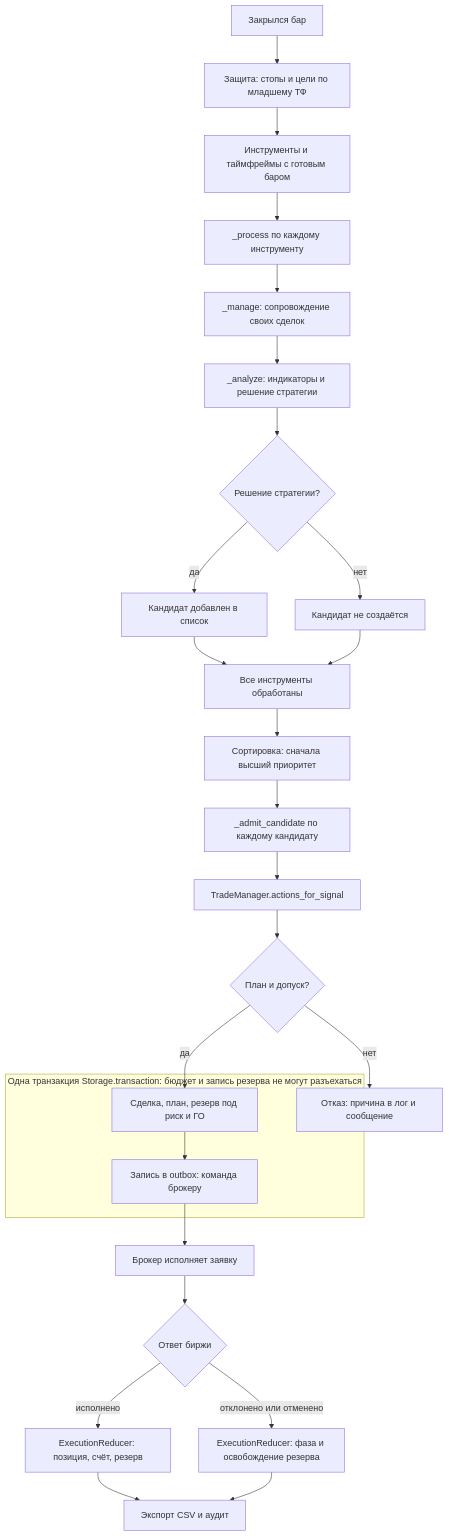
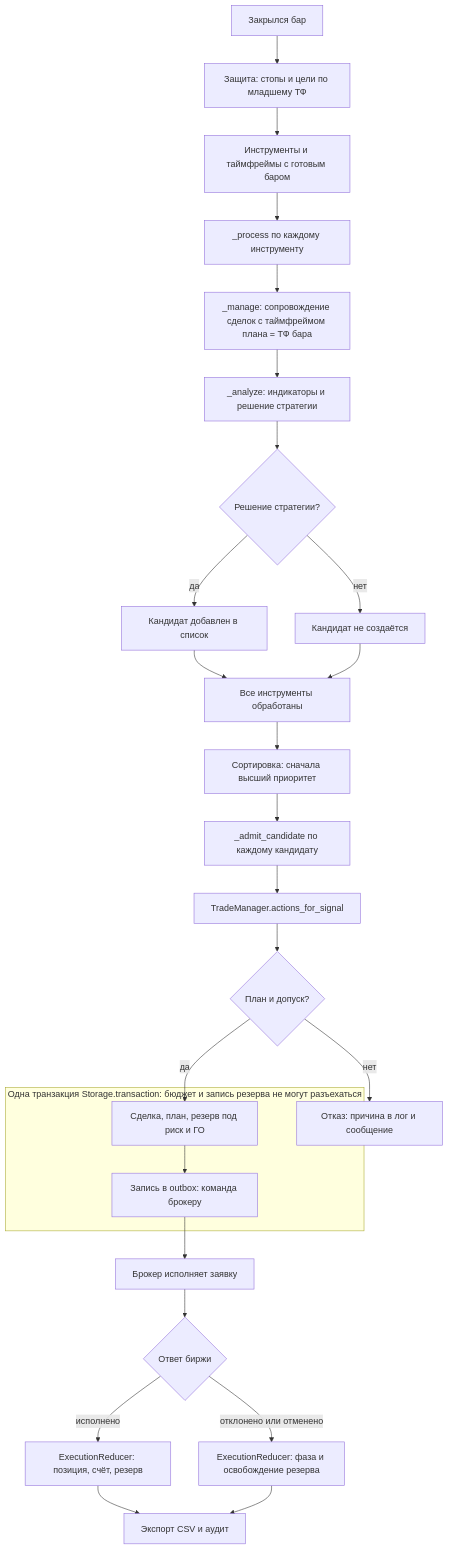
One commit to vladilenao/My_roBot changed the first of 3 diagrams in docs/trade-management/signal-pipeline.md. Above: the diagram before and after it, drawn with Mermaid. The commit also changed other lines of this file and 15 other files, not shown here.

First line of the commit message:
fix(trade-management): сопровождение сделки только на таймфрейме её плана

````diff
--- a/docs/trade-management/signal-pipeline.md
+++ b/docs/trade-management/signal-pipeline.md
@@ -28,32 +28,32 @@
 ```mermaid
 flowchart TD
     A["Закрылся бар"] --> B["Защита: стопы и цели по младшему ТФ"]
     B --> C["Инструменты и таймфреймы с готовым баром"]
     C --> D["_process по каждому инструменту"]
-    D --> E["_manage: сопровождение своих сделок"]
+    D --> E["_manage: сопровождение сделок с таймфреймом плана = ТФ бара"]
     E --> F["_analyze: индикаторы и решение стратегии"]
     F --> G{"Решение стратегии?"}
     G -- нет --> G1["Кандидат не создаётся"]
     G -- да --> H["Кандидат добавлен в список"]
     H --> I["Все инструменты обработаны"]
     G1 --> I
     I --> J["Сортировка: сначала высший приоритет"]
     J --> K["_admit_candidate по каждому кандидату"]
     K --> L["TradeManager.actions_for_signal"]
     L --> M{"План и допуск?"}
     M -- нет --> M1["Отказ: причина в лог и сообщение"]
 
     subgraph TX["Одна транзакция Storage.transaction: бюджет и запись резерва не могут разъехаться"]
         T1["Сделка, план, резерв под риск и ГО"]
         T2["Запись в outbox: команда брокеру"]
         T1 --> T2
     end
 
     M -- да --> T1
     T2 --> P["Брокер исполняет заявку"]
     P --> Q{"Ответ биржи"}
     Q -- исполнено --> R["ExecutionReducer: позиция, счёт, резерв"]
     Q -- отклонено или отменено --> S["ExecutionReducer: фаза и освобождение резерва"]
     R --> U["Экспорт CSV и аудит"]
     S --> U
 ```
````
